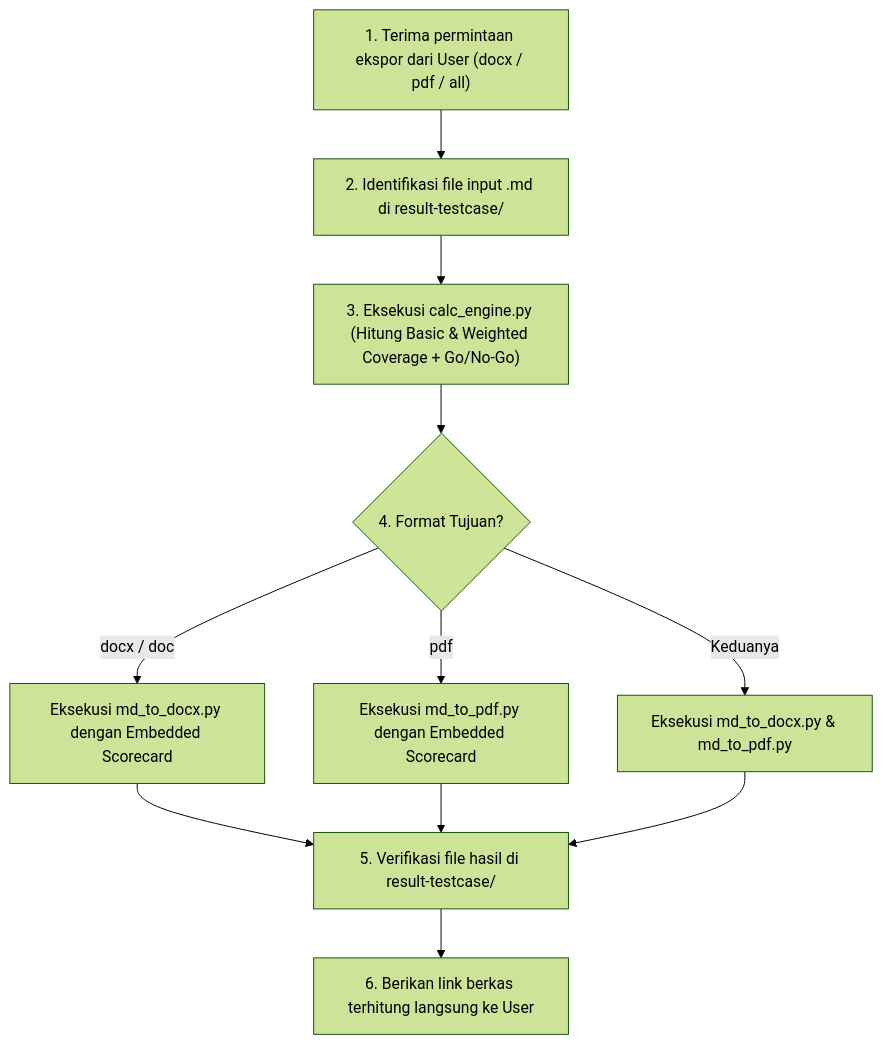
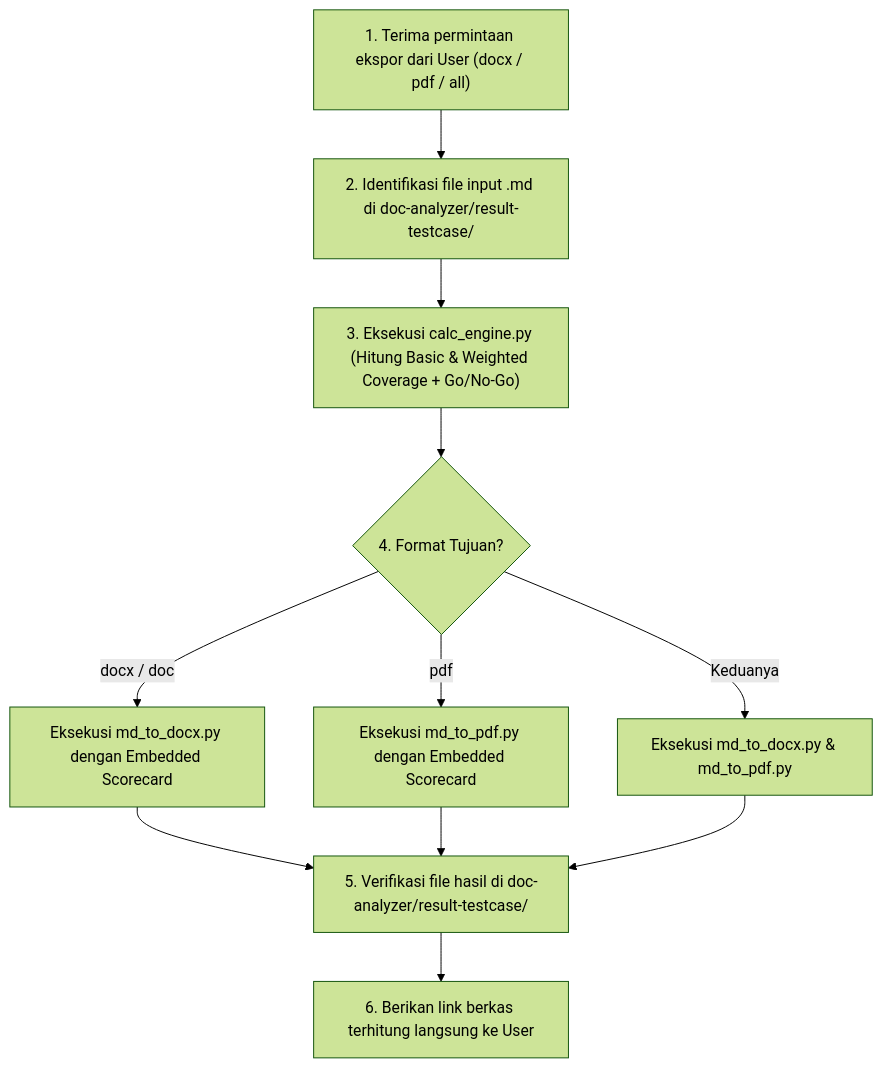
The diagram in .agents/skills/convert-with-calculation/SKILL.md (fadlyady/prdanalyzer), drawn with Mermaid (forest theme) before and after one commit. The commit also changed other lines of this file and 24 other files, not shown here.

````diff
--- a/.agents/skills/convert-with-calculation/SKILL.md
+++ b/.agents/skills/convert-with-calculation/SKILL.md
@@ -107,13 +107,13 @@
 ```mermaid
 graph TD
-    A["1. Terima permintaan ekspor dari User (docx / pdf / all)"] --> B["2. Identifikasi file input .md di result-testcase/"]
+    A["1. Terima permintaan ekspor dari User (docx / pdf / all)"] --> B["2. Identifikasi file input .md di doc-analyzer/result-testcase/"]
     B --> C["3. Eksekusi calc_engine.py (Hitung Basic & Weighted Coverage + Go/No-Go)"]
     C --> D{"4. Format Tujuan?"}
     D -- "docx / doc" --> E["Eksekusi md_to_docx.py dengan Embedded Scorecard"]
     D -- "pdf" --> F["Eksekusi md_to_pdf.py dengan Embedded Scorecard"]
     D -- "Keduanya" --> G["Eksekusi md_to_docx.py & md_to_pdf.py"]
-    E --> H["5. Verifikasi file hasil di result-testcase/"]
+    E --> H["5. Verifikasi file hasil di doc-analyzer/result-testcase/"]
     F --> H
     G --> H
     H --> I["6. Berikan link berkas terhitung langsung ke User"]
 ```
````
